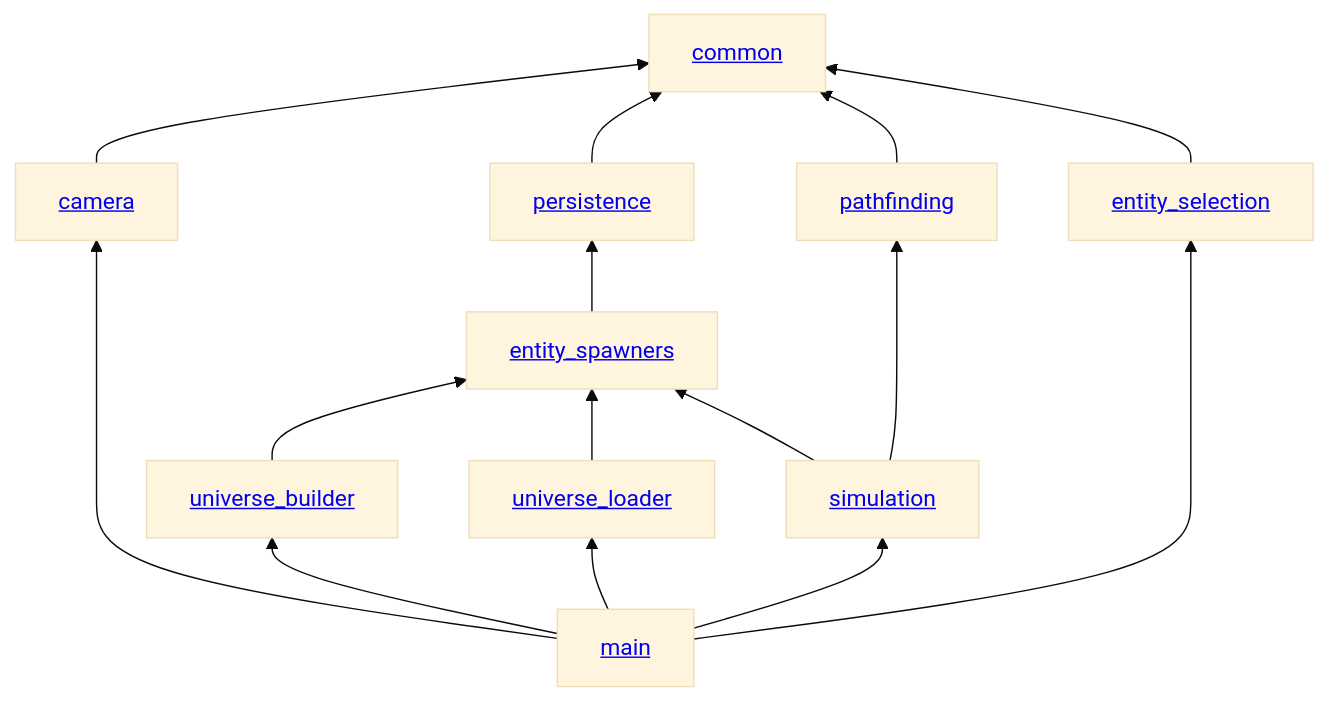
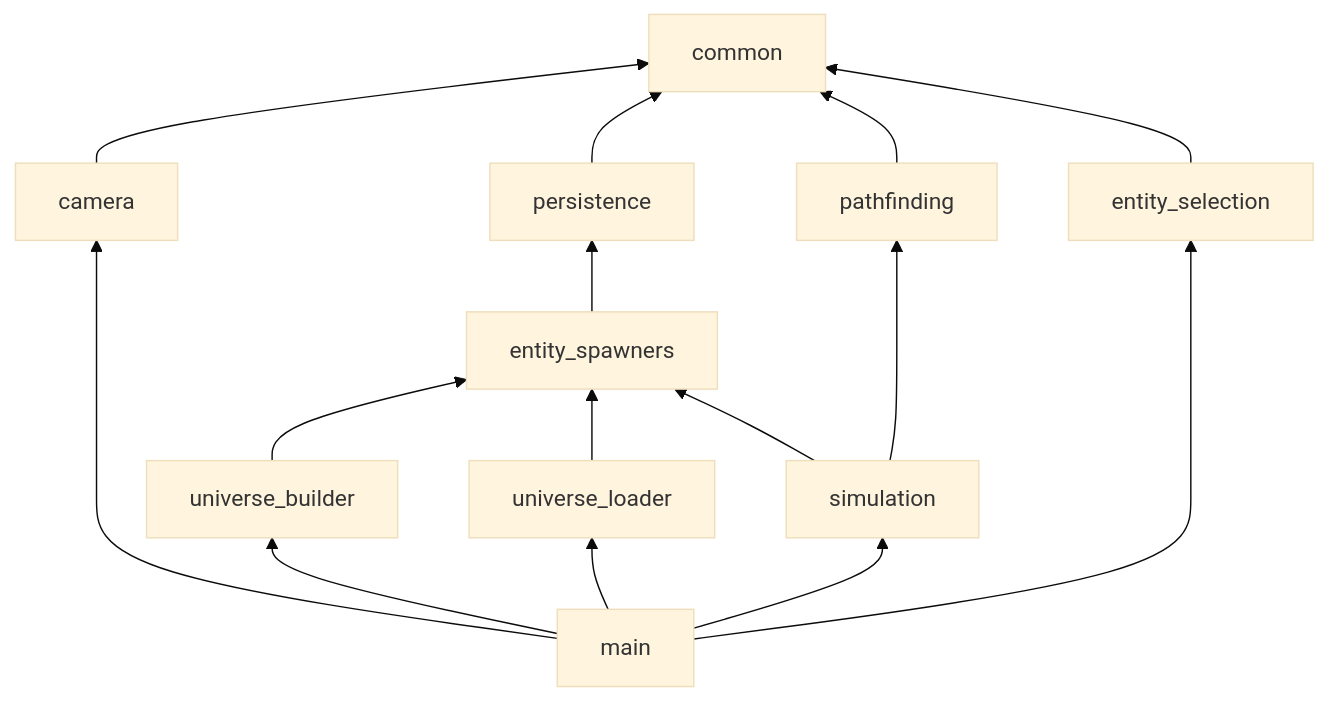
The diagram in README.md (Jacudibu/rusty_space), drawn with Mermaid (base theme) before and after one commit.

Commit message:
Removed links from diagram, don't work as nicely as expected

````diff
--- a/README.md
+++ b/README.md
@@ -8,33 +8,21 @@
 ```mermaid
 flowchart BT
-    main[<a href='src/'>main</a>]
-
-    common[<a href='crates/common'>common</a>]
-    camera[<a href='crates/camera'>camera</a>]
-    entity_selection[<a href='crates/entity_selection'>entity_selection</a>]
-    entity_spawners[<a href='crates/entity_spawners'>entity_spawners</a>]
-    pathfinding[<a href='crates/pathfinding'>pathfinding</a>]
-    persistence[<a href='crates/persistence'>persistence</a>]
-    simulation[<a href='crates/simulation'>simulation</a>]
-    universe_builder[<a href='crates/universe_builder'>universe_builder</a>]
-    universe_loader[<a href='crates/universe_loader'>universe_loader</a>]
-
     camera --> common
     persistence --> common
     pathfinding --> common
     entity_selection --> common
 
     entity_spawners --> persistence
 
     universe_builder --> entity_spawners
     universe_loader --> entity_spawners
     simulation --> entity_spawners
 
     simulation --> pathfinding
 
     main --> entity_selection
     main --> universe_builder
     main --> universe_loader
     main --> simulation
     main --> camera
 ```
````
